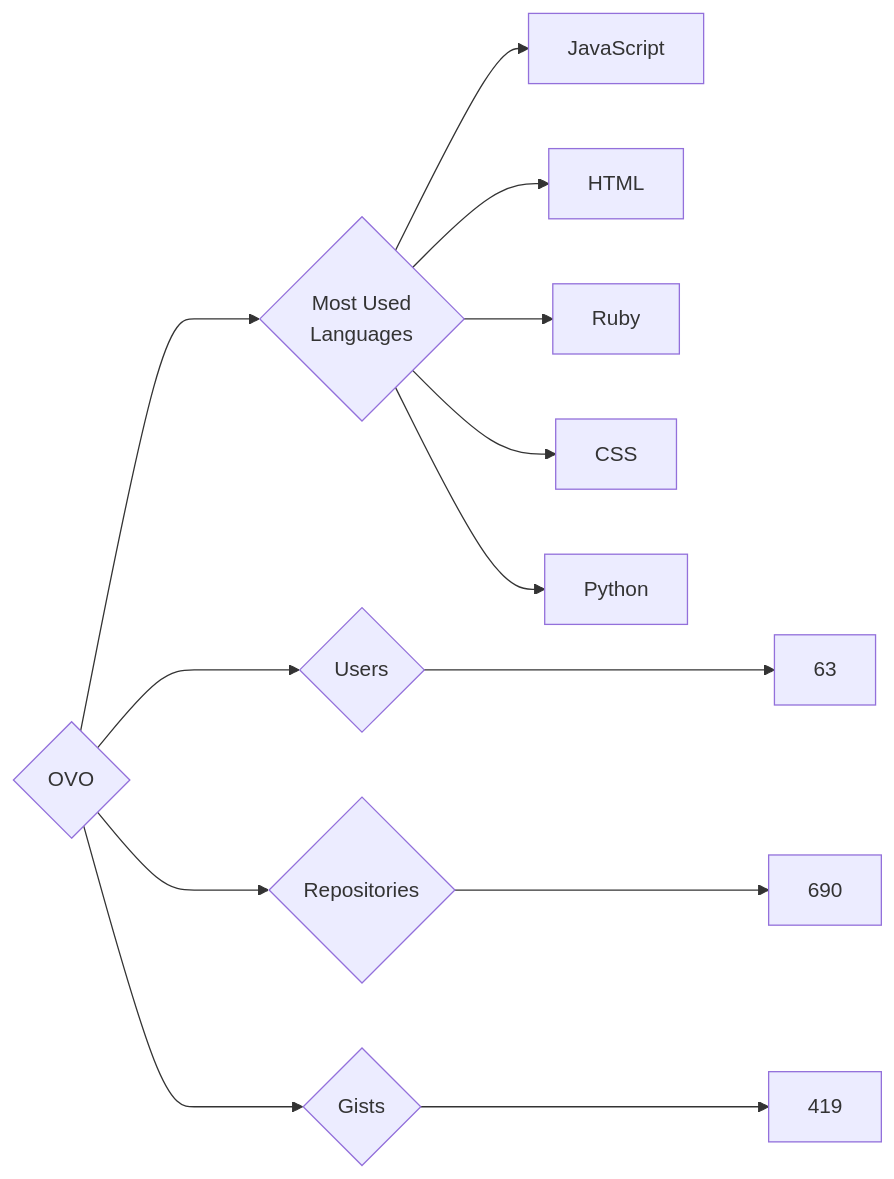
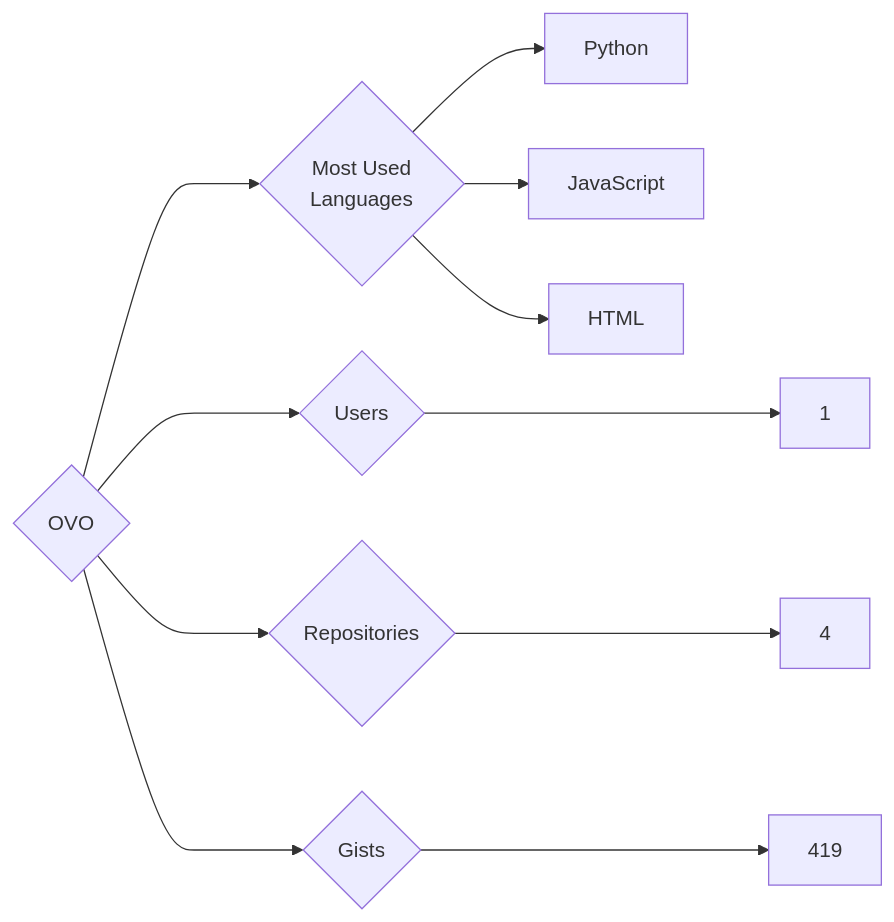
Before and after one commit to trickest/insiders: the diagram in targets/OVO/README.md, drawn with Mermaid. The commit also changed 988 other files, not shown here.

````diff
--- a/targets/OVO/README.md
+++ b/targets/OVO/README.md
@@ -3,13 +3,11 @@
 ```mermaid
 graph LR
 COMPANY_NAME{OVO}
-COMPANY_NAME ---> U{Users} ---> UN[63]
-COMPANY_NAME ---> R{Repositories} ---> RN[690]
+COMPANY_NAME ---> U{Users} ---> UN[1]
+COMPANY_NAME ---> R{Repositories} ---> RN[4]
 COMPANY_NAME ---> G{Gists} ---> GN[419]
 COMPANY_NAME ---> ML{Most Used<br>Languages}
+ML --> Python[Python]
 ML --> JavaScript[JavaScript]
 ML --> HTML[HTML]
-ML --> Ruby[Ruby]
-ML --> CSS[CSS]
-ML --> Python[Python]
 ```
````
